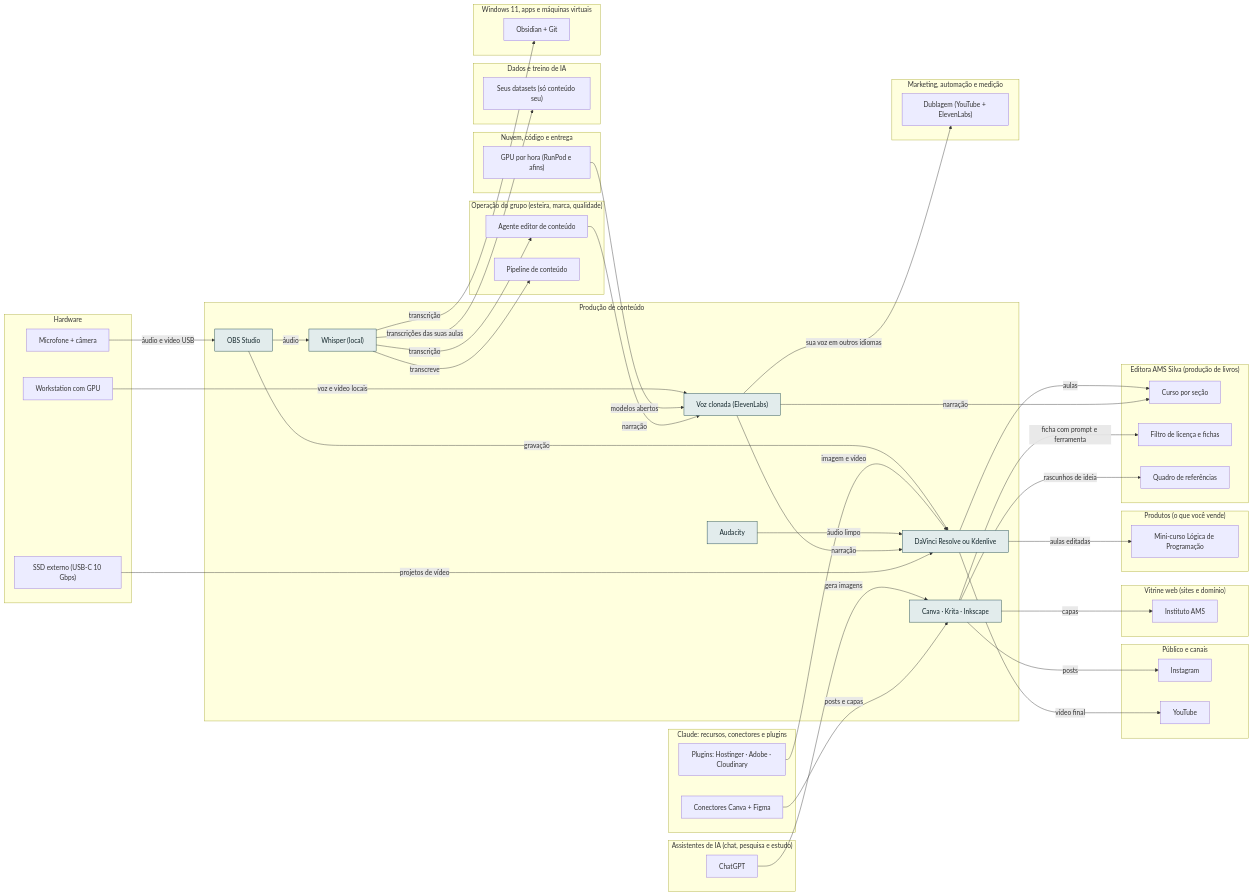
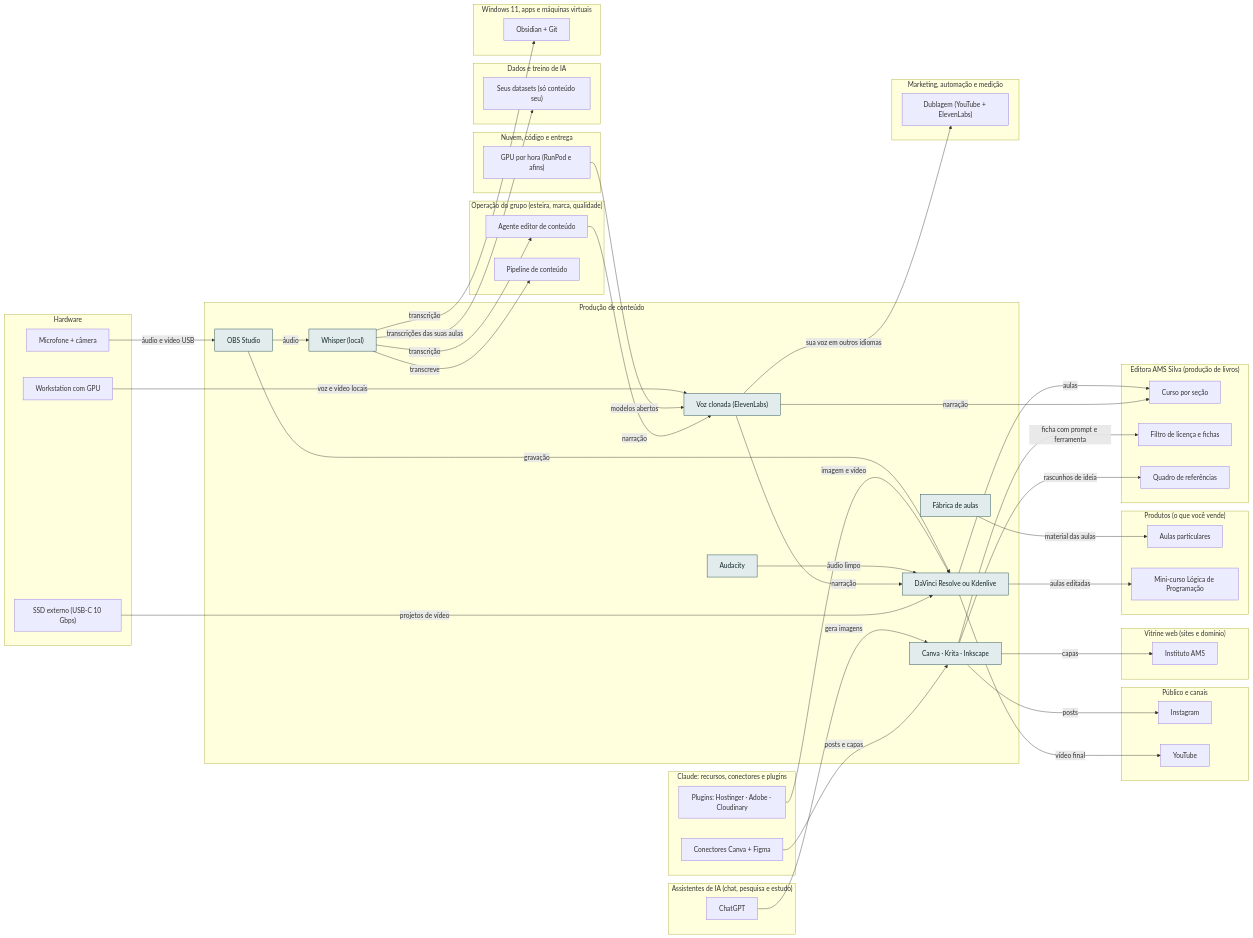
The diagram in docs/camadas/13-cont.md (AlanMateus17/dev-setup), drawn with Mermaid before and after one commit. The commit also changed other lines of this file and 75 other files, not shown here.

First line of the commit message:
feat: kit de sites, avaliador de templates, radar, bot do Telegram, financeiro local, Fábrica de aulas, rotinas e casa

````diff
--- a/docs/camadas/13-cont.md
+++ b/docs/camadas/13-cont.md
@@ -20,6 +20,7 @@
     n_img["Canva · Krita · Inkscape"]
     n_whis["Whisper (local)"]
     n_voz["Voz clonada (ElevenLabs)"]
+    n_fabrica["Fábrica de aulas"]
   end
   subgraph L_oper["Operação do grupo (esteira, marca, qualidade)"]
     n_oedit["Agente editor de conteúdo"]
@@ -36,6 +37,7 @@
     n_inst["Instituto AMS"]
   end
   subgraph L_prod["Produtos (o que você vende)"]
+    n_aulas["Aulas particulares"]
     n_curso["Mini-curso Lógica de Programação"]
   end
   subgraph L_editora["Editora AMS Silva (produção de livros)"]
@@ -89,6 +91,7 @@
   n_ws -->|"voz e vídeo locais"| n_voz
   n_gpuh -->|"modelos abertos"| n_voz
   n_oedit -->|"narração"| n_voz
+  n_fabrica -->|"material das aulas"| n_aulas
   classDef desta fill:#e2ecec,stroke:#0e3a45,color:#13262b
-  class n_obss,n_edit,n_aud,n_img,n_whis,n_voz desta
+  class n_obss,n_edit,n_aud,n_img,n_whis,n_voz,n_fabrica desta
 ```
````
